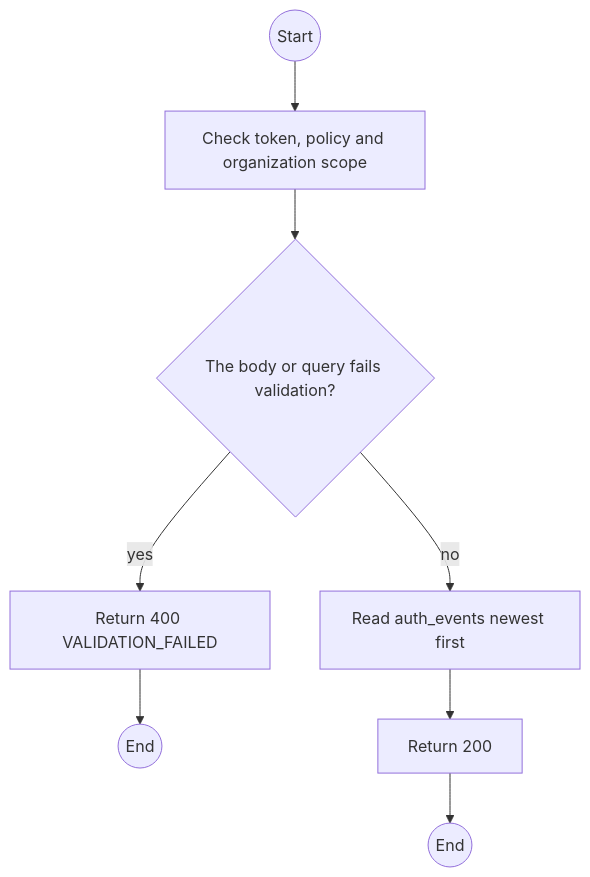
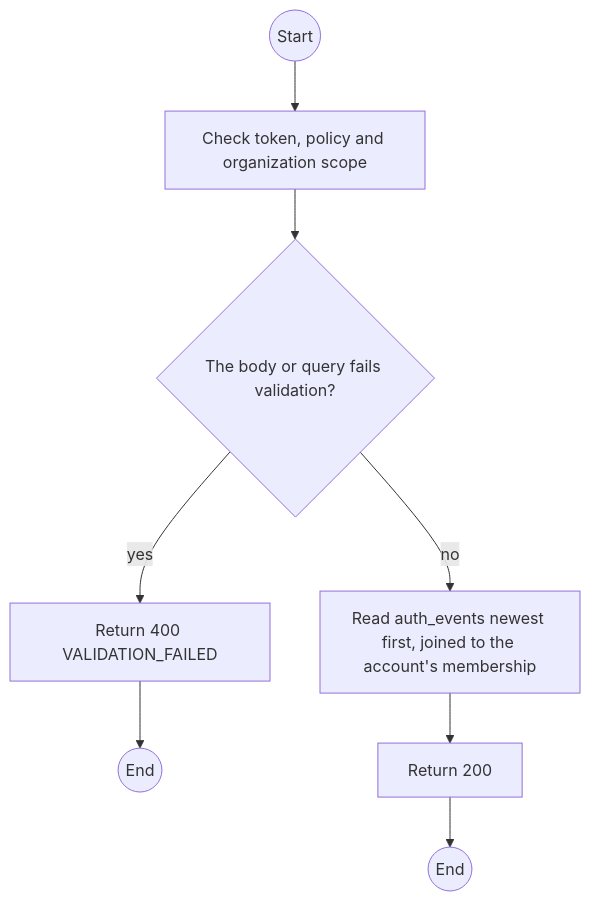
One commit to TrekLink-Team/treklink-web changed the first of 2 diagrams in specs/auth/api-design/17-get-auth-events.md. Above: the diagram before and after it, drawn with Mermaid. The commit also changed other lines of this file and 26 other files, not shown here.

````diff
--- a/specs/auth/api-design/17-get-auth-events.md
+++ b/specs/auth/api-design/17-get-auth-events.md
@@ -124,16 +129,16 @@
 ```mermaid
 flowchart TB
     S((Start))
     A0["Check token, policy and organization scope"]
     S --> A0
     D1{"The body or query fails validation?"}
     A0 --> D1
     E1["Return 400 VALIDATION_FAILED"]
     D1 -->|yes| E1
     E1 --> X1((End))
-    P0["Read auth_events newest first"]
+    P0["Read auth_events newest first, joined to the account's membership"]
     D1 -->|no| P0
     OK["Return 200"]
     P0 --> OK
     OK --> Z((End))
 ```
````
